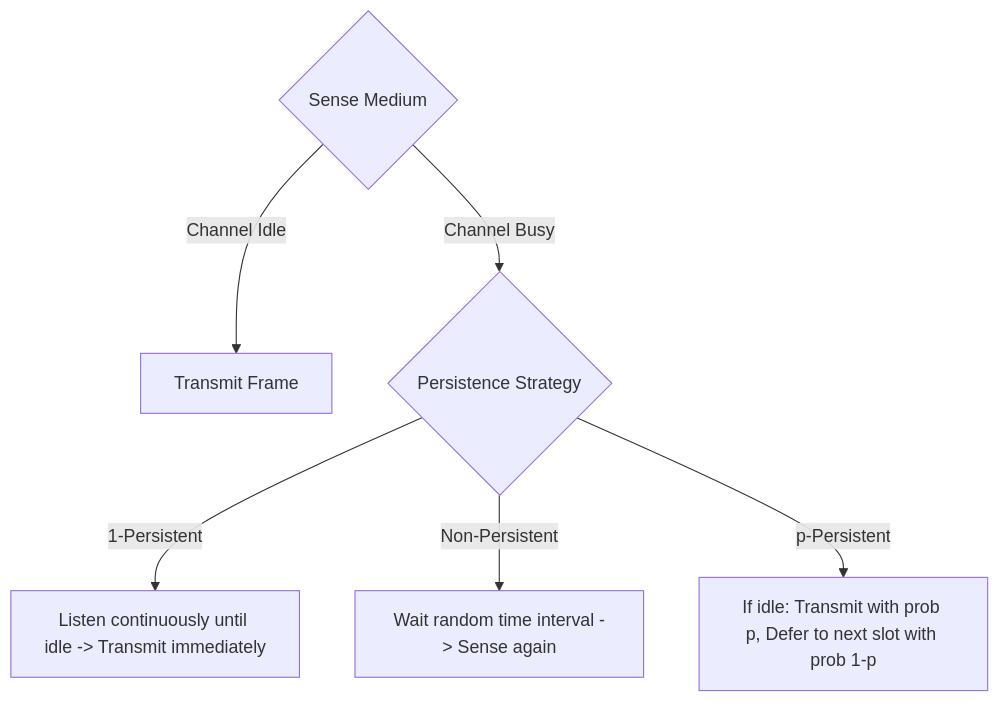
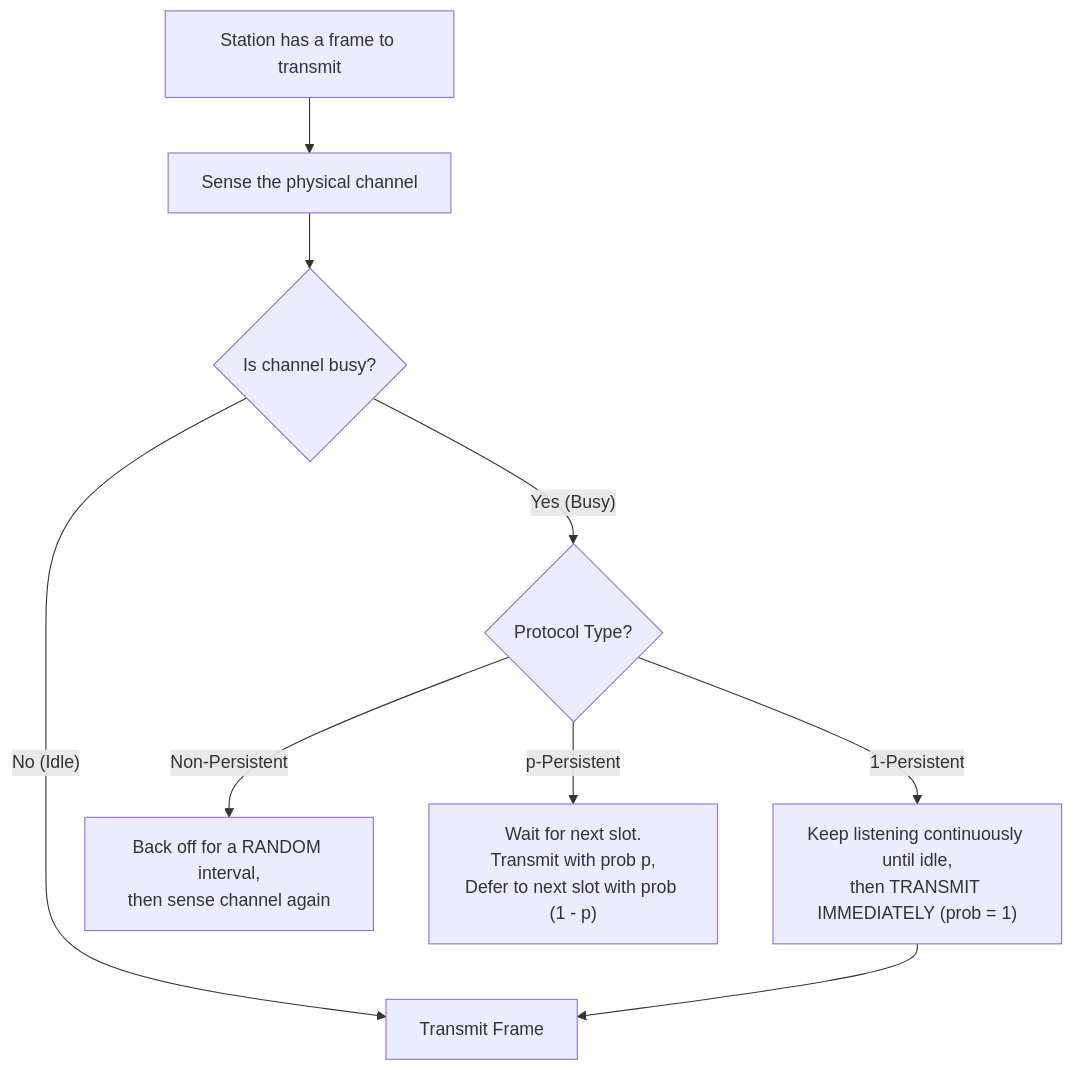
Before and after one commit to DeepLumiere/DeepSkills: the third of 7 diagrams in notes/computer_networks/Chapter_4_MAC_Layer.md, drawn with Mermaid. The commit also changed other lines of this file and 3 other files, not shown here.

````diff
--- a/notes/computer_networks/Chapter_4_MAC_Layer.md
+++ b/notes/computer_networks/Chapter_4_MAC_Layer.md
@@ -229,9 +192,13 @@
 ```mermaid
 flowchart TD
-    Sense{Sense Medium}
-    Sense -->|Channel Idle| Transmit[Transmit Frame]
-    Sense -->|Channel Busy| Strategy{Persistence Strategy}
-    Strategy -->|1-Persistent| ListenLoop[Listen continuously until idle -> Transmit immediately]
-    Strategy -->|Non-Persistent| WaitRand[Wait random time interval -> Sense again]
-    Strategy -->|p-Persistent| SlottedCheck[If idle: Transmit with prob p, Defer to next slot with prob 1-p]
+    Start["Station has a frame to transmit"] --> Sense["Sense the physical channel"]
+    Sense --> Busy{"Is channel busy?"}
+    
+    Busy -->|"Yes (Busy)"| Choice{"Protocol Type?"}
+    Choice -->|"1-Persistent"| P1["Keep listening continuously until idle,\nthen TRANSMIT IMMEDIATELY (prob = 1)"]
+    Choice -->|"Non-Persistent"| P2["Back off for a RANDOM interval,\nthen sense channel again"]
+    Choice -->|"p-Persistent"| P3["Wait for next slot.\nTransmit with prob p,\nDefer to next slot with prob (1 - p)"]
+    
+    Busy -->|"No (Idle)"| Transmit["Transmit Frame"]
+    P1 --> Transmit
 ```
````
